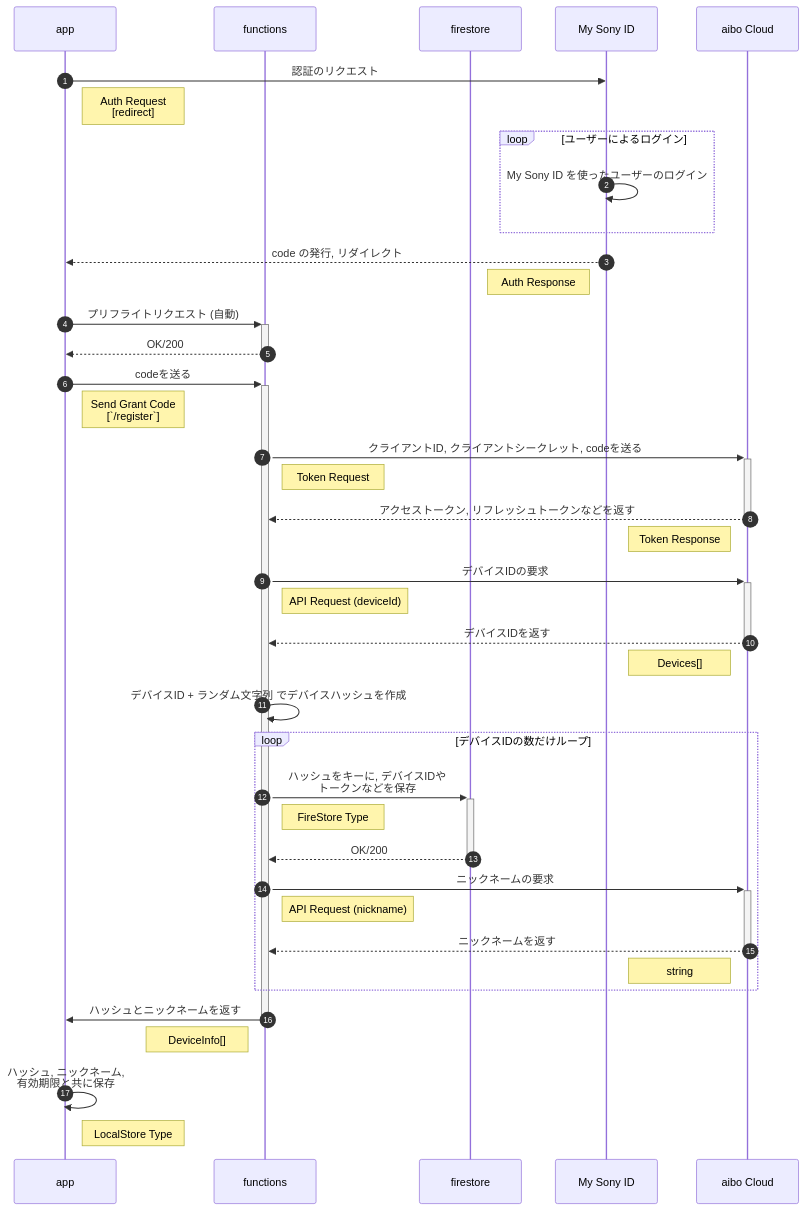
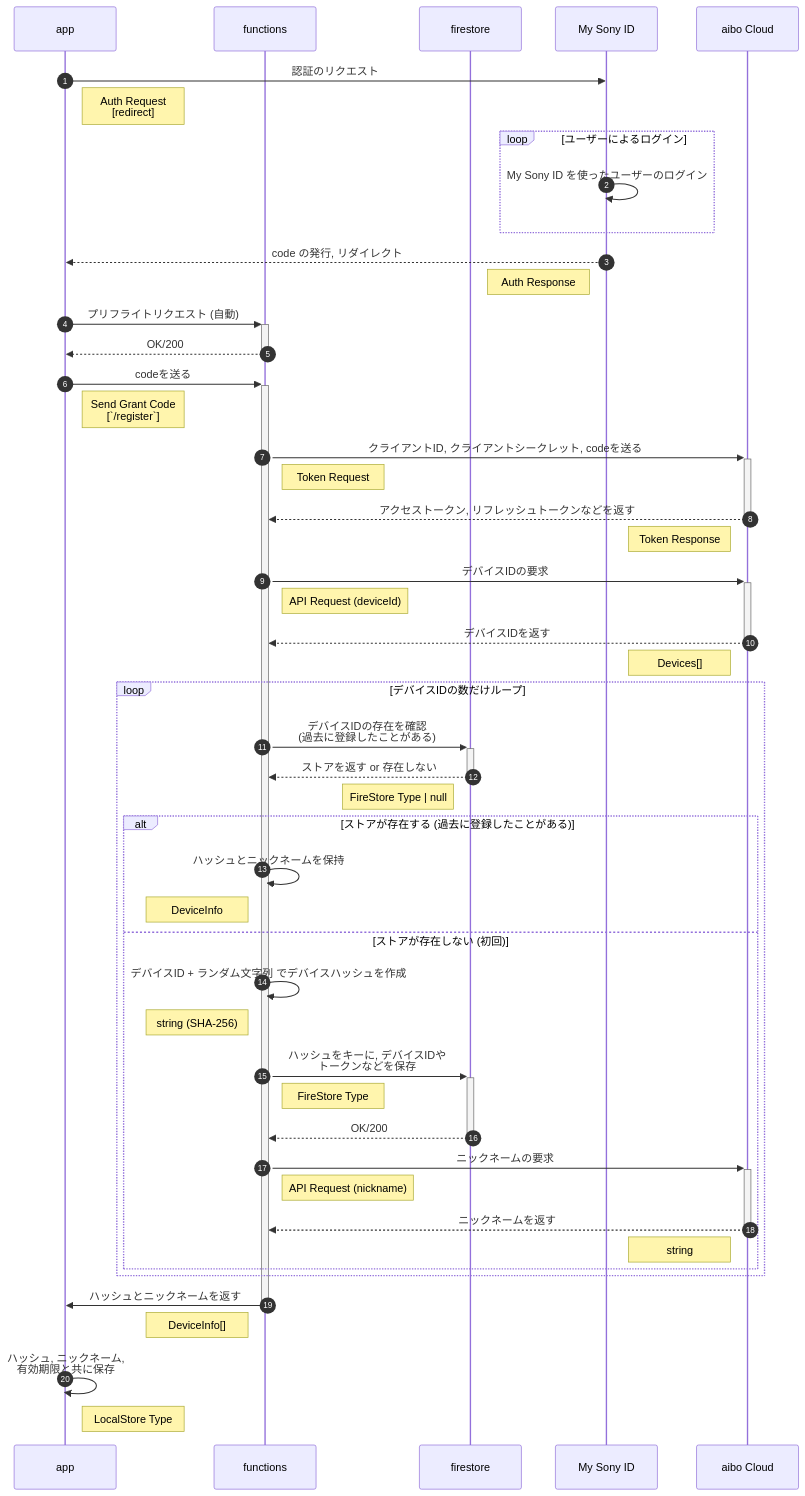
The first of 4 diagrams in README.md (misc-org/aibo-de-quiz), drawn with Mermaid before and after one commit. The commit also changed other lines of this file, not shown here.

Commit message:
✨ シーケンス図 たぶん完成

````diff
--- a/README.md
+++ b/README.md
@@ -23,57 +23,68 @@
 ```mermaid
 sequenceDiagram
   autonumber
 	participant app
 	participant functions
 	participant firestore
 	participant My Sony ID
   participant aibo Cloud
 
 	app ->> My Sony ID: 認証のリクエスト
   Note right of app: Auth Request <br /> [redirect]
 
   loop ユーザーによるログイン
     My Sony ID ->> My Sony ID: My Sony ID を使ったユーザーのログイン
   end
 
   My Sony ID -->> app: code の発行, リダイレクト
   Note left of My Sony ID: Auth Response
 
   app ->>+ functions: プリフライトリクエスト (自動)
   functions -->>- app: OK/200
 
   app ->>+ functions: codeを送る
   Note right of app: Send Grant Code <br /> [`/register`]
 
   functions ->>+ aibo Cloud: クライアントID, クライアントシークレット, codeを送る
   Note right of functions: Token Request
 
   aibo Cloud -->>- functions: アクセストークン, リフレッシュトークンなどを返す
   Note left of aibo Cloud: Token Response
 
   functions ->>+ aibo Cloud: デバイスIDの要求
   Note right of functions: API Request (deviceId)
 
   aibo Cloud -->>- functions: デバイスIDを返す
   Note left of aibo Cloud: Devices[]
 
-  functions ->> functions: デバイスID + ランダム文字列 でデバイスハッシュを作成
+  loop デバイスIDの数だけループ
 
-  loop デバイスIDの数だけループ
+  functions ->>+ firestore: デバイスIDの存在を確認 <br /> (過去に登録したことがある)
+  firestore -->>- functions: ストアを返す or 存在しない
+  Note left of firestore: FireStore Type | null
+
+  alt ストアが存在する (過去に登録したことがある)
+    functions ->> functions: ハッシュとニックネームを保持
+    Note left of functions: DeviceInfo
+
+  else ストアが存在しない (初回)
+    functions ->> functions: デバイスID + ランダム文字列 でデバイスハッシュを作成
+    Note left of functions: string (SHA-256)
+
     functions ->>+ firestore: ハッシュをキーに, デバイスIDや<br />トークンなどを保存
     Note right of functions: FireStore Type
     firestore -->>- functions: OK/200
 
     functions ->>+ aibo Cloud: ニックネームの要求
     Note right of functions: API Request (nickname)
 
     aibo Cloud -->>- functions: ニックネームを返す
     Note left of aibo Cloud: string
   end
-
+  end
   functions ->>- app: ハッシュとニックネームを返す
   Note left of functions: DeviceInfo[]
 
   app ->> app: ハッシュ, ニックネーム,<br />有効期限と共に保存
   Note right of app: LocalStore Type
 ```
````
